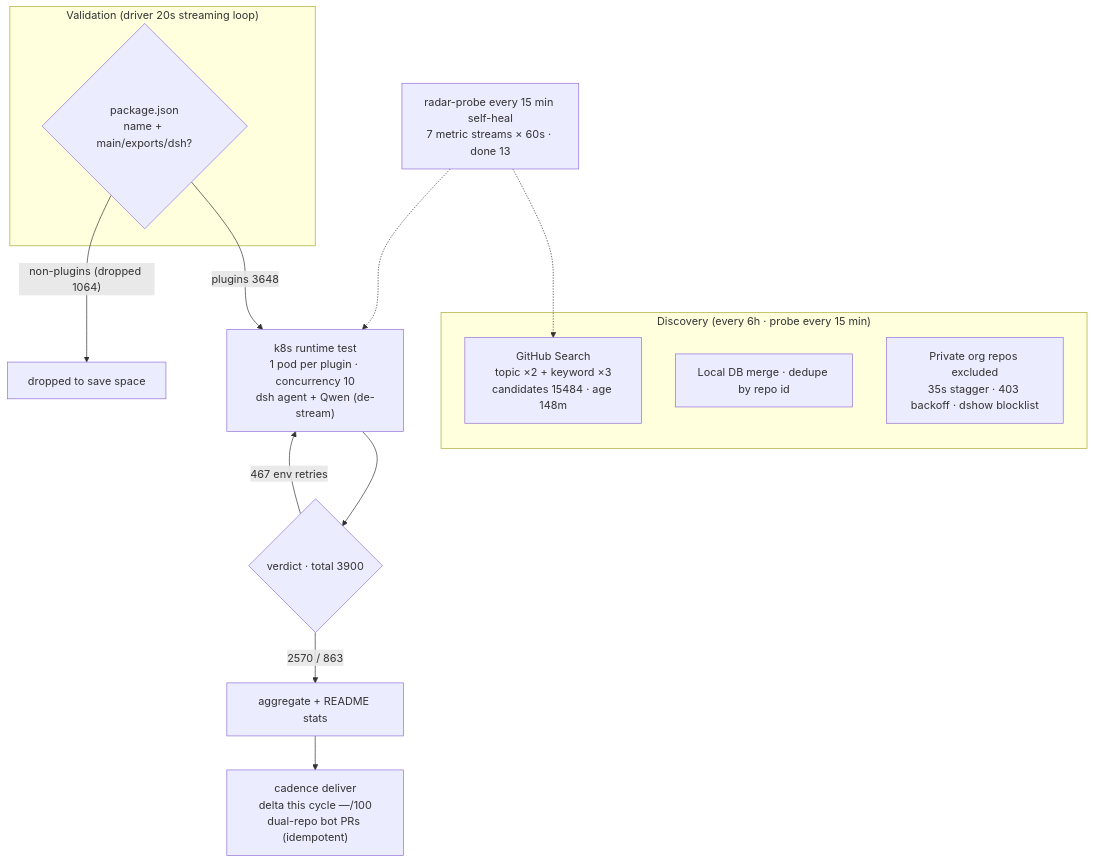
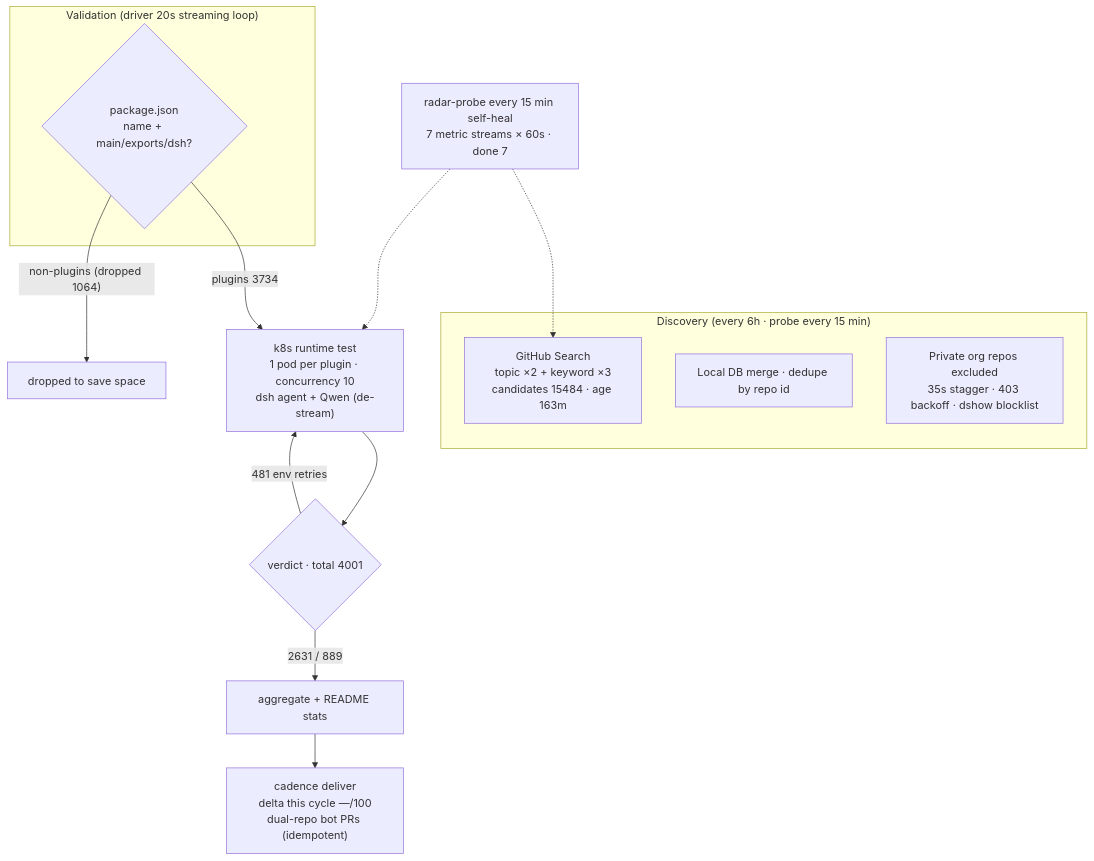
Before and after one commit to AdamPlatin123/awesome-dsh-plugins: the diagram in README.en-US.md, drawn with Mermaid. The commit also changed other lines of this file and 5 other files, not shown here.

````diff
--- a/README.en-US.md
+++ b/README.en-US.md
@@ -30,20 +30,20 @@
 ```mermaid
 flowchart TB
     subgraph Discovery["Discovery (every 6h · probe every 15 min)"]
-        A1["GitHub Search<br/>topic ×2 + keyword ×3<br/>candidates 15484 · age 148m"]
+        A1["GitHub Search<br/>topic ×2 + keyword ×3<br/>candidates 15484 · age 163m"]
         A2["Local DB merge · dedupe by repo id"]
         A3["Private org repos excluded<br/>35s stagger · 403 backoff · dshow blocklist"]
     end
     subgraph Validation["Validation (driver 20s streaming loop)"]
         B1{"package.json<br/>name + main/exports/dsh?"}
     end
-    B1 -->|"plugins 3648"| C1["k8s runtime test<br/>1 pod per plugin · concurrency 10<br/>dsh agent + Qwen (de-stream)"]
+    B1 -->|"plugins 3734"| C1["k8s runtime test<br/>1 pod per plugin · concurrency 10<br/>dsh agent + Qwen (de-stream)"]
     B1 -->|"non-plugins (dropped 1064)"| B3["dropped to save space"]
-    C1 --> D1{"verdict · total 3900"}
-    D1 -->|"2570 / 863"| E1["aggregate + README stats"]
-    D1 -->|"467 env retries"| C1
+    C1 --> D1{"verdict · total 4001"}
+    D1 -->|"2631 / 889"| E1["aggregate + README stats"]
+    D1 -->|"481 env retries"| C1
     E1 --> E2["cadence deliver<br/>delta this cycle —/100<br/>dual-repo bot PRs (idempotent)"]
-    M["radar-probe every 15 min self-heal<br/>7 metric streams × 60s · done 13"]
+    M["radar-probe every 15 min self-heal<br/>7 metric streams × 60s · done 7"]
     M -.-> A1
     M -.-> C1
 ```
````
